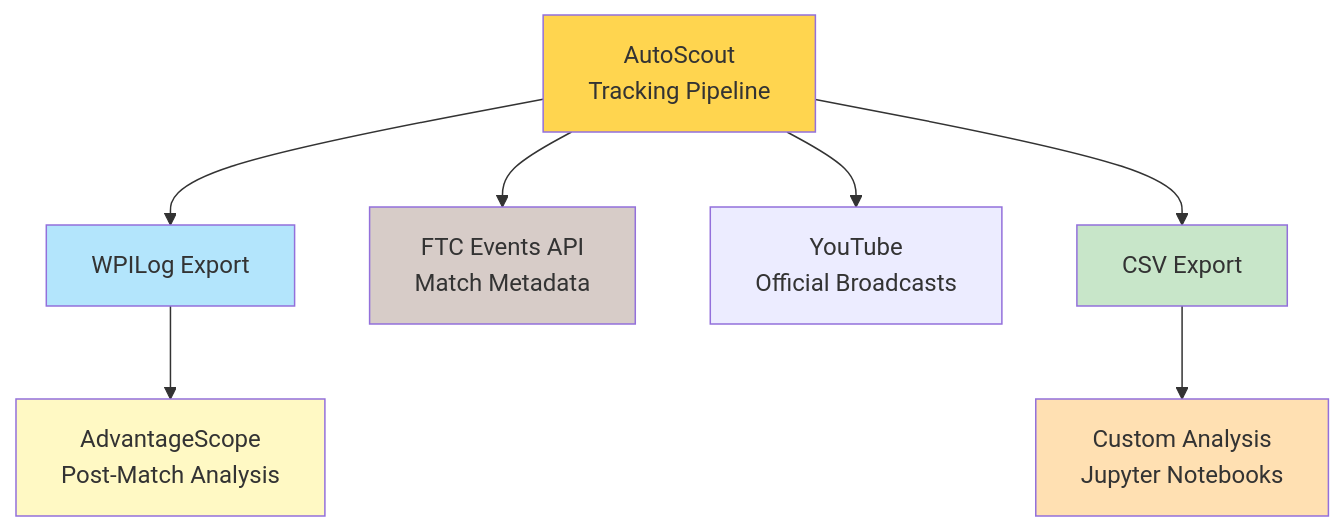
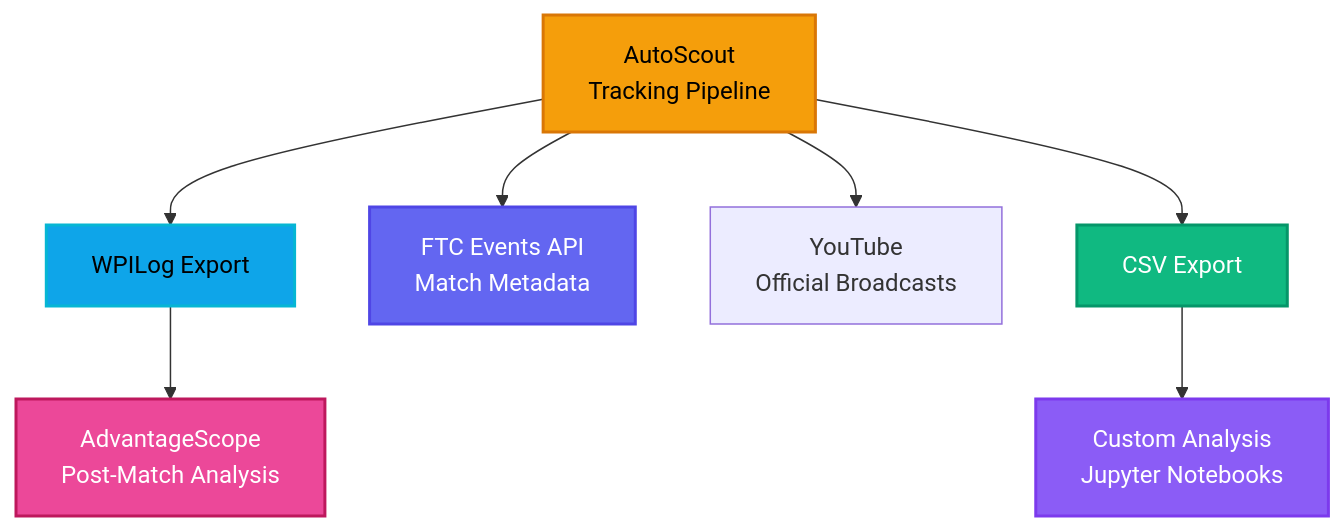
Before and after one commit to ALeaf21/LearningJuiceAutoScout: diagram 12 of 13 in docs/SYSTEM_ARCHITECTURE.md, drawn with Mermaid. The commit also changed other lines of this file and 1 other file, not shown here.

Commit message:
doc updated for dark theme

````diff
--- a/docs/SYSTEM_ARCHITECTURE.md
+++ b/docs/SYSTEM_ARCHITECTURE.md
@@ -435,29 +444,30 @@
 ```mermaid
+%%{init: {theme: 'dark'}}%%
 graph TB
     AutoScout["AutoScout<br/>Tracking Pipeline"]
     
     WPILog["WPILog Export"]
     AdvantageScope["AdvantageScope<br/>Post-Match Analysis"]
     
     FTCEvents["FTC Events API<br/>Match Metadata"]
     YouTube["YouTube<br/>Official Broadcasts"]
     
     CSV["CSV Export"]
     Custom["Custom Analysis<br/>Jupyter Notebooks"]
     
     AutoScout --> WPILog
     WPILog --> AdvantageScope
     
     AutoScout --> FTCEvents
     AutoScout --> YouTube
     
     AutoScout --> CSV
     CSV --> Custom
     
-    style AutoScout fill:#ffd54f
-    style WPILog fill:#b3e5fc
-    style CSV fill:#c8e6c9
-    style AdvantageScope fill:#fff9c4
-    style FTCEvents fill:#d7ccc8
-    style Custom fill:#ffe0b2
+    style AutoScout fill:#f59e0b,stroke:#d97706,stroke-width:2px,color:#000
+    style WPILog fill:#0ea5e9,stroke:#06b6d4,stroke-width:2px,color:#000
+    style CSV fill:#10b981,stroke:#059669,stroke-width:2px,color:#fff
+    style AdvantageScope fill:#ec4899,stroke:#be185d,stroke-width:2px,color:#fff
+    style FTCEvents fill:#6366f1,stroke:#4f46e5,stroke-width:2px,color:#fff
+    style Custom fill:#8b5cf6,stroke:#7c3aed,stroke-width:2px,color:#fff
 ```
````
